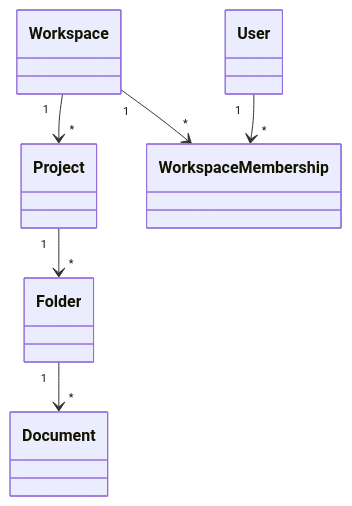
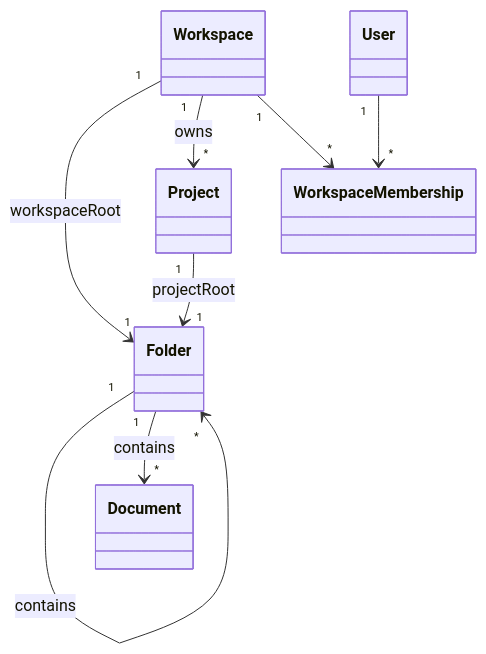
The diagram in docs/domain/models/workspace.md (nerdchanii/realtime-markdown-editor), drawn with Mermaid before and after one commit. The commit also changed other lines of this file and 2 other files, not shown here.

Commit message:
docs: update workspace document relations for folder tree

````diff
--- a/docs/domain/models/workspace.md
+++ b/docs/domain/models/workspace.md
@@ -26,8 +39,10 @@
 ```mermaid
 classDiagram
-  Workspace "1" --> "*" Project
-  Project "1" --> "*" Folder
-  Folder "1" --> "*" Document
+  Workspace "1" --> "1" Folder : workspaceRoot
+  Workspace "1" --> "*" Project : owns
   Workspace "1" --> "*" WorkspaceMembership
   User "1" --> "*" WorkspaceMembership
+  Project "1" --> "1" Folder : projectRoot
+  Folder "1" --> "*" Folder : contains
+  Folder "1" --> "*" Document : contains
 ```
````
